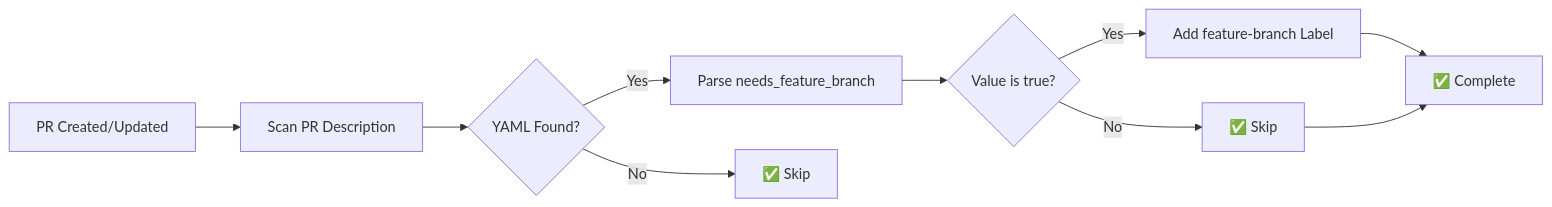
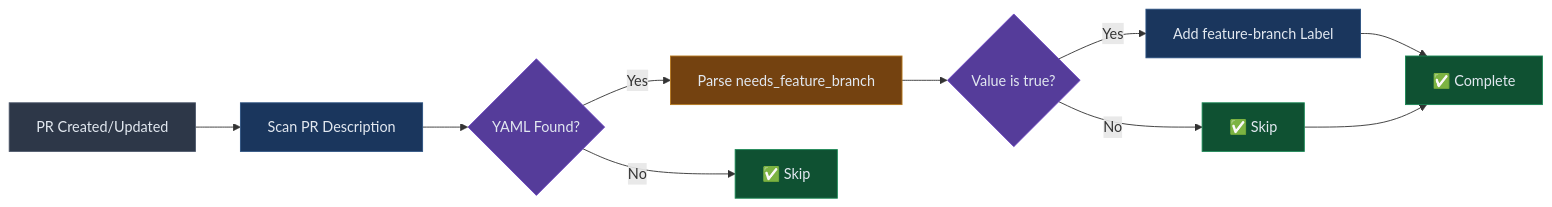
The fifth of 7 diagrams in README.md (thenets/repo-automation), drawn with Mermaid before and after one commit. The commit also changed other lines of this file and 1 other file, not shown here.

Commit message:
Update mermaid charts with dark-mode friendly colors

````diff
--- a/README.md
+++ b/README.md
@@ -417,12 +455,22 @@
 ```mermaid
 flowchart LR
     A[PR Created/Updated] --> B[Scan PR Description]
     B --> C{YAML Found?}
     C -->|Yes| D[Parse needs_feature_branch]
     C -->|No| E[✅ Skip]
     D --> F{Value is true?}
     F -->|Yes| G[Add feature-branch Label]
     F -->|No| H[✅ Skip]
     G --> I[✅ Complete]
     H --> I
+    
+    style A fill:#2d3748,stroke:#4a5568,color:#e2e8f0
+    style B fill:#1a365d,stroke:#2c5282,color:#e2e8f0
+    style C fill:#553c9a,stroke:#6b46c1,color:#e2e8f0
+    style D fill:#744210,stroke:#b7791f,color:#e2e8f0
+    style E fill:#0f5132,stroke:#198754,color:#e2e8f0
+    style F fill:#553c9a,stroke:#6b46c1,color:#e2e8f0
+    style G fill:#1a365d,stroke:#2c5282,color:#e2e8f0
+    style H fill:#0f5132,stroke:#198754,color:#e2e8f0
+    style I fill:#0f5132,stroke:#198754,color:#e2e8f0
 ```
````
